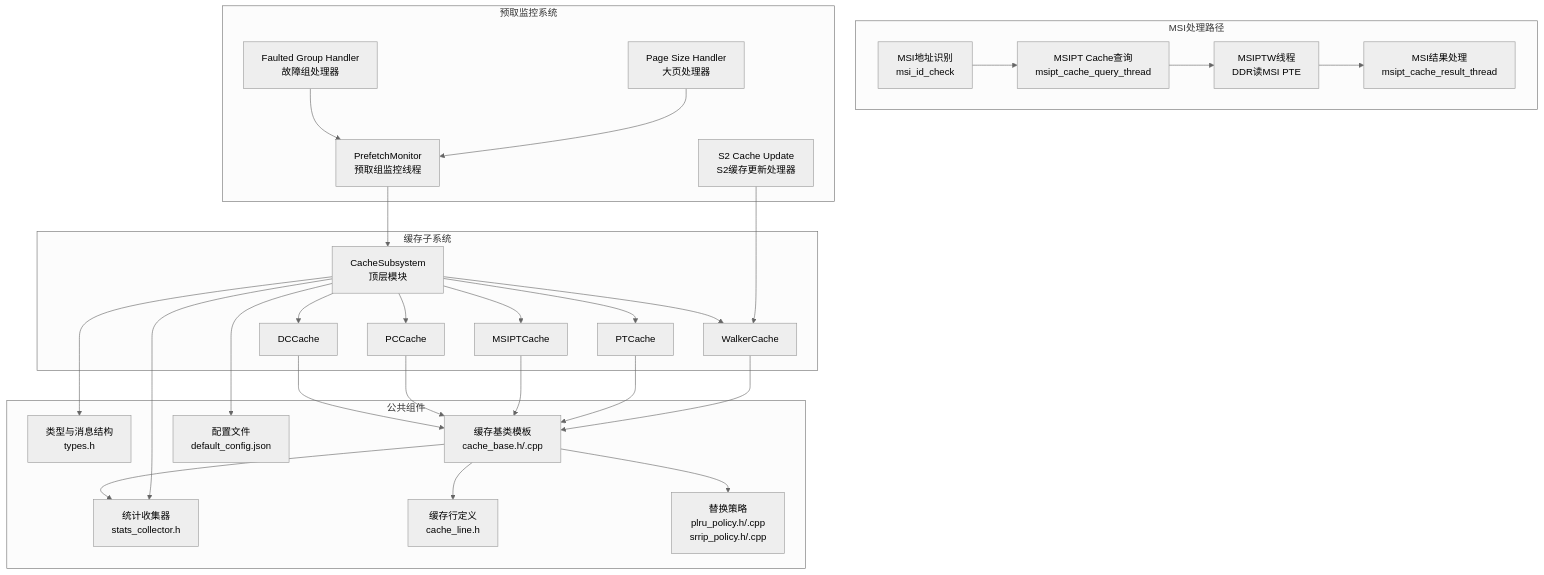
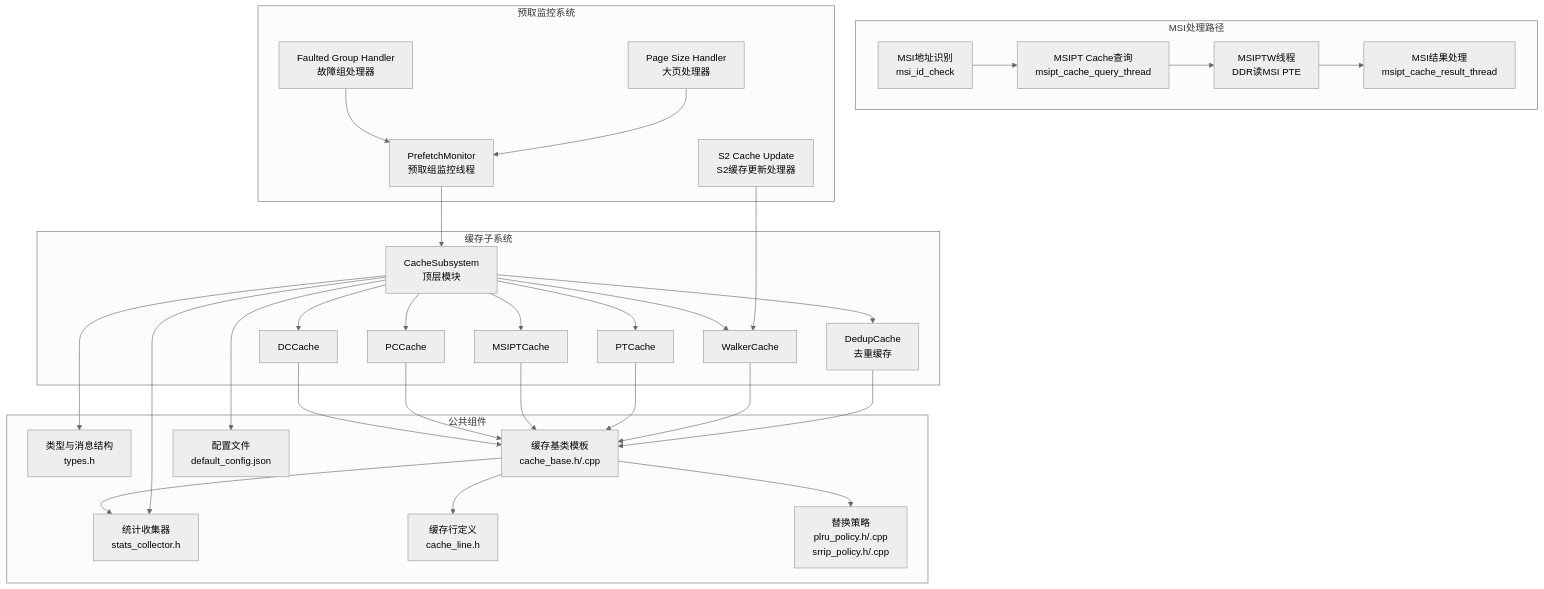
The first of 13 diagrams in .qoder/repowiki/zh/content/缓存系统/缓存系统.md (jiangjiang1122/iommu_model_20260401_v1), drawn with Mermaid (neutral theme) before and after one commit. The commit also changed other lines of this file and 55 other files, not shown here.

````diff
--- a/.qoder/repowiki/zh/content/缓存系统/缓存系统.md
+++ b/.qoder/repowiki/zh/content/缓存系统/缓存系统.md
@@ -65,54 +66,57 @@
 ```mermaid
 graph TB
 subgraph "缓存子系统"
 CS["CacheSubsystem<br/>顶层模块"]
 DC["DCCache"]
 PC["PCCache"]
 MSIPT["MSIPTCache"]
 PT["PTCache"]
 WC["WalkerCache"]
+DDC["DedupCache<br/>去重缓存"]
 end
 subgraph "MSI处理路径"
 MSID["MSI地址识别<br/>msi_id_check"]
 MSIQ["MSIPT Cache查询<br/>msipt_cache_query_thread"]
 MSIW["MSIPTW线程<br/>DDR读MSI PTE"]
 MSIR["MSI结果处理<br/>msipt_cache_result_thread"]
 end
 subgraph "预取监控系统"
 PM["PrefetchMonitor<br/>预取组监控线程"]
 S2U["S2 Cache Update<br/>S2缓存更新处理器"]
 FDH["Faulted Group Handler<br/>故障组处理器"]
 PG["Page Size Handler<br/>大页处理器"]
 end
 subgraph "公共组件"
 Types["类型与消息结构<br/>types.h"]
 Stats["统计收集器<br/>stats_collector.h"]
 Base["缓存基类模板<br/>cache_base.h/.cpp"]
 Line["缓存行定义<br/>cache_line.h"]
 REPL["替换策略<br/>plru_policy.h/.cpp<br/>srrip_policy.h/.cpp"]
 CFG["配置文件<br/>default_config.json"]
 end
 CS --> DC
 CS --> PC
 CS --> MSIPT
 CS --> PT
 CS --> WC
+CS --> DDC
 MSID --> MSIQ
 MSIQ --> MSIW
 MSIW --> MSIR
 PM --> CS
 S2U --> WC
 FDH --> PM
 PG --> PM
 DC --> Base
 PC --> Base
 MSIPT --> Base
 PT --> Base
 WC --> Base
+DDC --> Base
 Base --> Line
 Base --> REPL
 Base --> Stats
 CS --> Stats
 CS --> Types
 CS --> CFG
 ```
````
